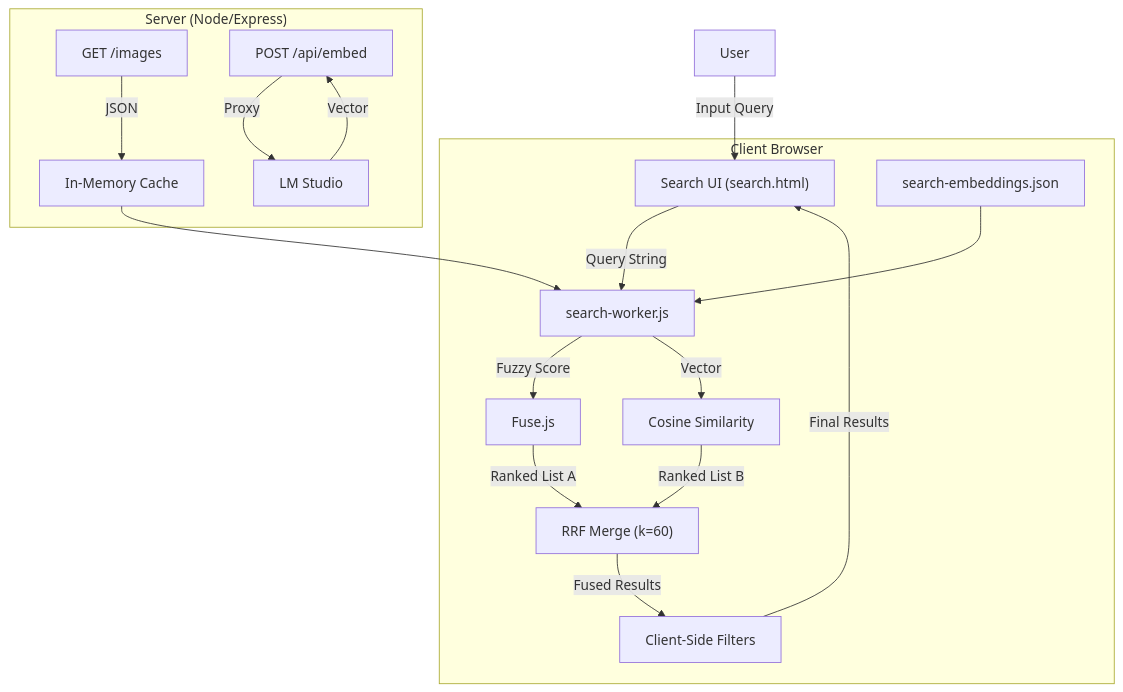
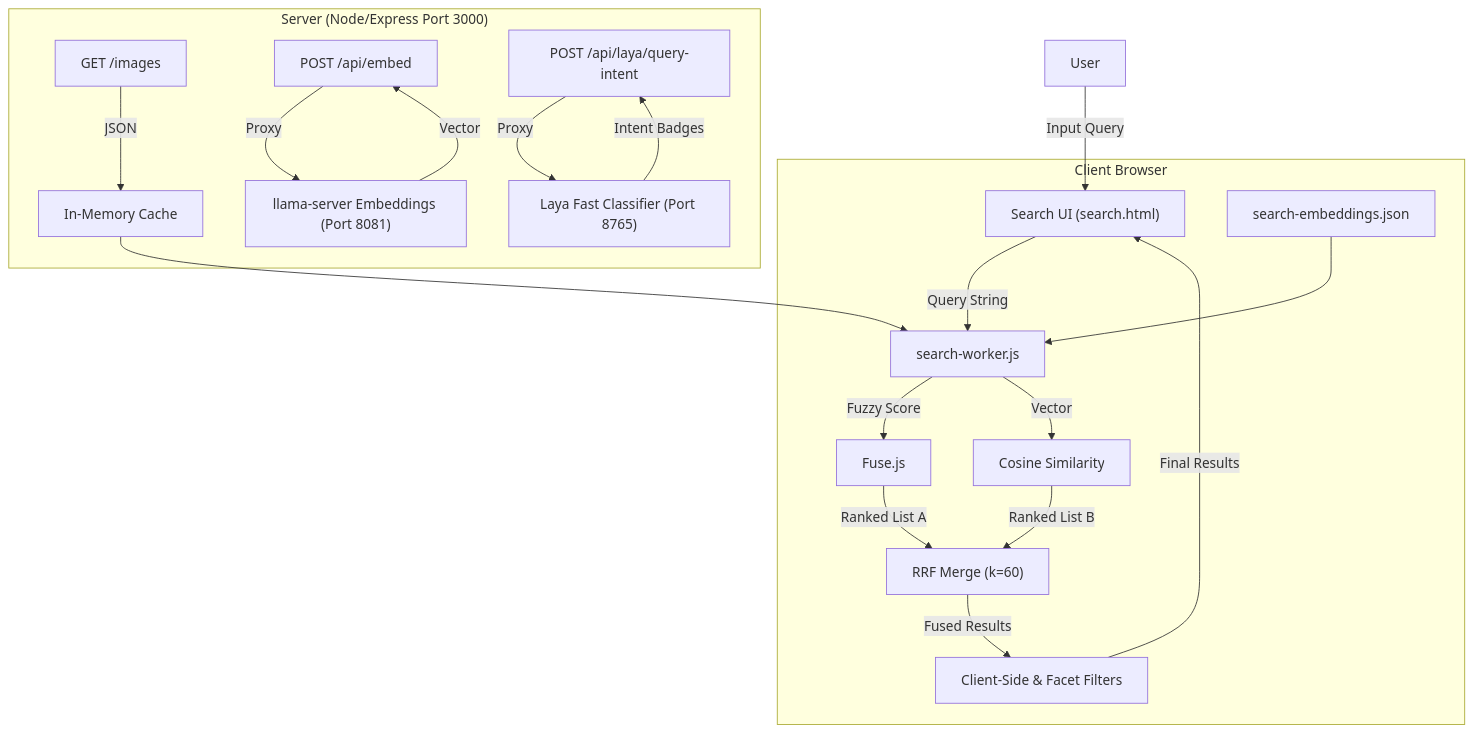
The first of 2 diagrams in readme_search.md (hellonearthis/LM-AI-studio), drawn with Mermaid before and after one commit. The commit also changed other lines of this file and 26 other files, not shown here.

Commit message:
Integrate llama.cpp and Laya classification engine, stabilize database row grid, and update documentation

````diff
--- a/readme_search.md
+++ b/readme_search.md
@@ -55,26 +61,28 @@
 ```mermaid
 graph TD
     User[User] -->|Input Query| UI["Search UI (search.html)"]
     
-    subgraph "Server (Node/Express)"
+    subgraph "Server (Node/Express Port 3000)"
         API_Img[GET /images] -->|JSON| Cache
-        API_Embed[POST /api/embed] -->|Proxy| LMS[LM Studio]
-        LMS -->|Vector| API_Embed
+        API_Embed[POST /api/embed] -->|Proxy| LLEmbed["llama-server Embeddings (Port 8081)"]
+        LLEmbed -->|Vector| API_Embed
+        API_Intent[POST /api/laya/query-intent] -->|Proxy| LayaEngine["Laya Fast Classifier (Port 8765)"]
+        LayaEngine -->|Intent Badges| API_Intent
     end
 
     subgraph "Client Browser"
         UI -->|Query String| Worker["search-worker.js"]
         
         Cache[In-Memory Cache] --> Worker
         Vectors[search-embeddings.json] --> Worker
         
         Worker -->|Fuzzy Score| Engine1[Fuse.js]
         Worker -->|Vector| Engine2[Cosine Similarity]
         
         Engine1 -->|Ranked List A| RRF["RRF Merge (k=60)"]
         Engine2 -->|Ranked List B| RRF
         
-        RRF -->|Fused Results| Filters[Client-Side Filters]
+        RRF -->|Fused Results| Filters[Client-Side & Facet Filters]
         Filters -->|Final Results| UI
     end
 ```
````
